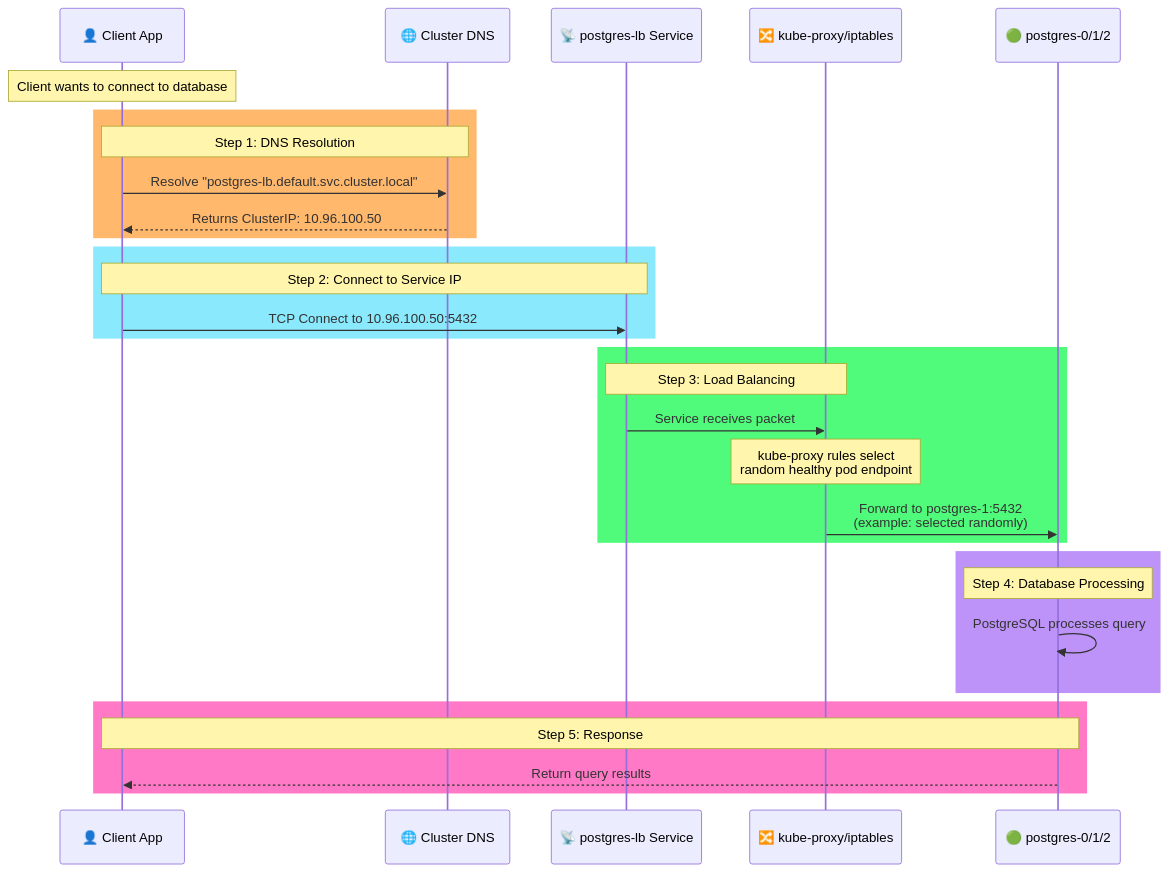
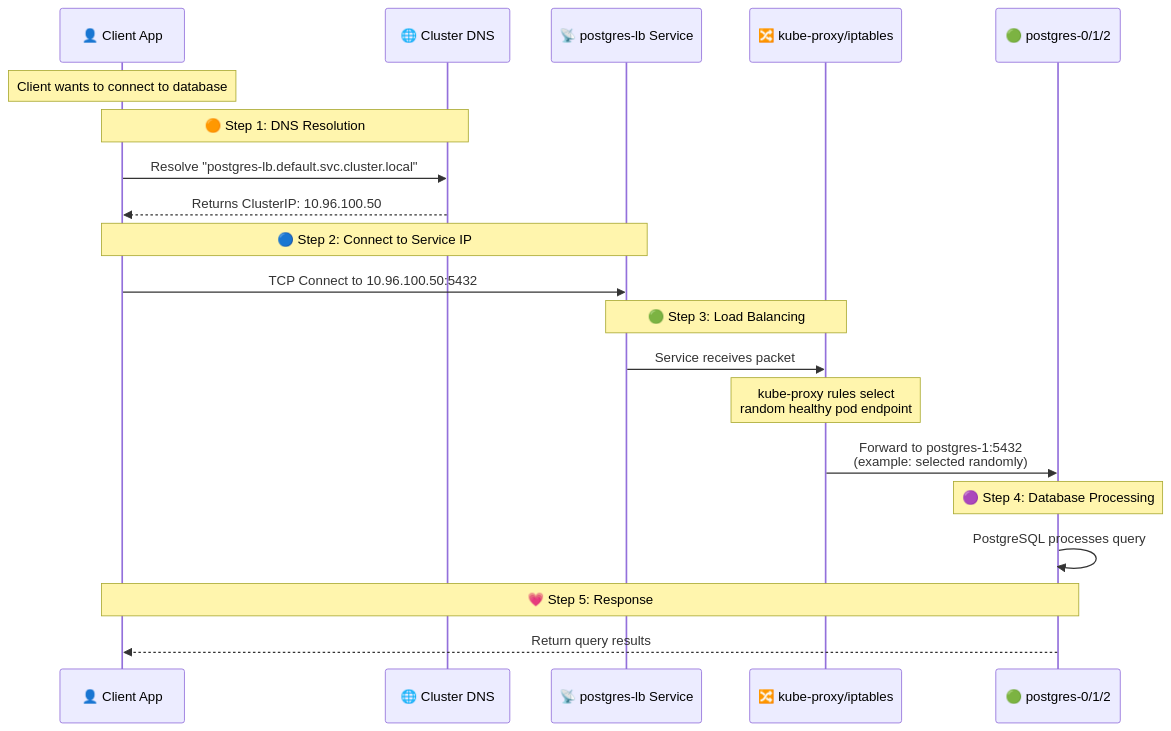
Diagram 14 of 17 in Workload_and_Application_Management/statefulset-postgresql-explained.md (selvakumarperumal/k8s_minikube_learn), drawn with Mermaid before and after one commit. The commit also changed other lines of this file, not shown here.

Commit message:
Remove colored rect blocks from sequence diagrams - use emoji markers instead for better text visibility

````diff
--- a/Workload_and_Application_Management/statefulset-postgresql-explained.md
+++ b/Workload_and_Application_Management/statefulset-postgresql-explained.md
@@ -482,38 +482,28 @@
 ```mermaid
 sequenceDiagram
     participant Client as 👤 Client App
     participant DNS as 🌐 Cluster DNS
     participant SVC as 📡 postgres-lb Service
     participant IPTABLES as 🔀 kube-proxy/iptables
     participant POD as 🟢 postgres-0/1/2
 
     Note over Client: Client wants to connect to database
     
-    rect rgb(255, 184, 108)
-        Note over Client,DNS: Step 1: DNS Resolution
-        Client->>DNS: Resolve "postgres-lb.default.svc.cluster.local"
-        DNS-->>Client: Returns ClusterIP: 10.96.100.50
-    end
+    Note over Client,DNS: 🟠 Step 1: DNS Resolution
+    Client->>DNS: Resolve "postgres-lb.default.svc.cluster.local"
+    DNS-->>Client: Returns ClusterIP: 10.96.100.50
     
-    rect rgb(139, 233, 253)
-        Note over Client,SVC: Step 2: Connect to Service IP
-        Client->>SVC: TCP Connect to 10.96.100.50:5432
-    end
+    Note over Client,SVC: 🔵 Step 2: Connect to Service IP
+    Client->>SVC: TCP Connect to 10.96.100.50:5432
     
-    rect rgb(80, 250, 123)
-        Note over SVC,IPTABLES: Step 3: Load Balancing
-        SVC->>IPTABLES: Service receives packet
-        Note over IPTABLES: kube-proxy rules select<br/>random healthy pod endpoint
-        IPTABLES->>POD: Forward to postgres-1:5432<br/>(example: selected randomly)
-    end
+    Note over SVC,IPTABLES: 🟢 Step 3: Load Balancing
+    SVC->>IPTABLES: Service receives packet
+    Note over IPTABLES: kube-proxy rules select<br/>random healthy pod endpoint
+    IPTABLES->>POD: Forward to postgres-1:5432<br/>(example: selected randomly)
     
-    rect rgb(189, 147, 249)
-        Note over POD: Step 4: Database Processing
-        POD->>POD: PostgreSQL processes query
-    end
+    Note over POD: 🟣 Step 4: Database Processing
+    POD->>POD: PostgreSQL processes query
     
-    rect rgb(255, 121, 198)
-        Note over POD,Client: Step 5: Response
-        POD-->>Client: Return query results
-    end
+    Note over POD,Client: 💗 Step 5: Response
+    POD-->>Client: Return query results
 ```
````
